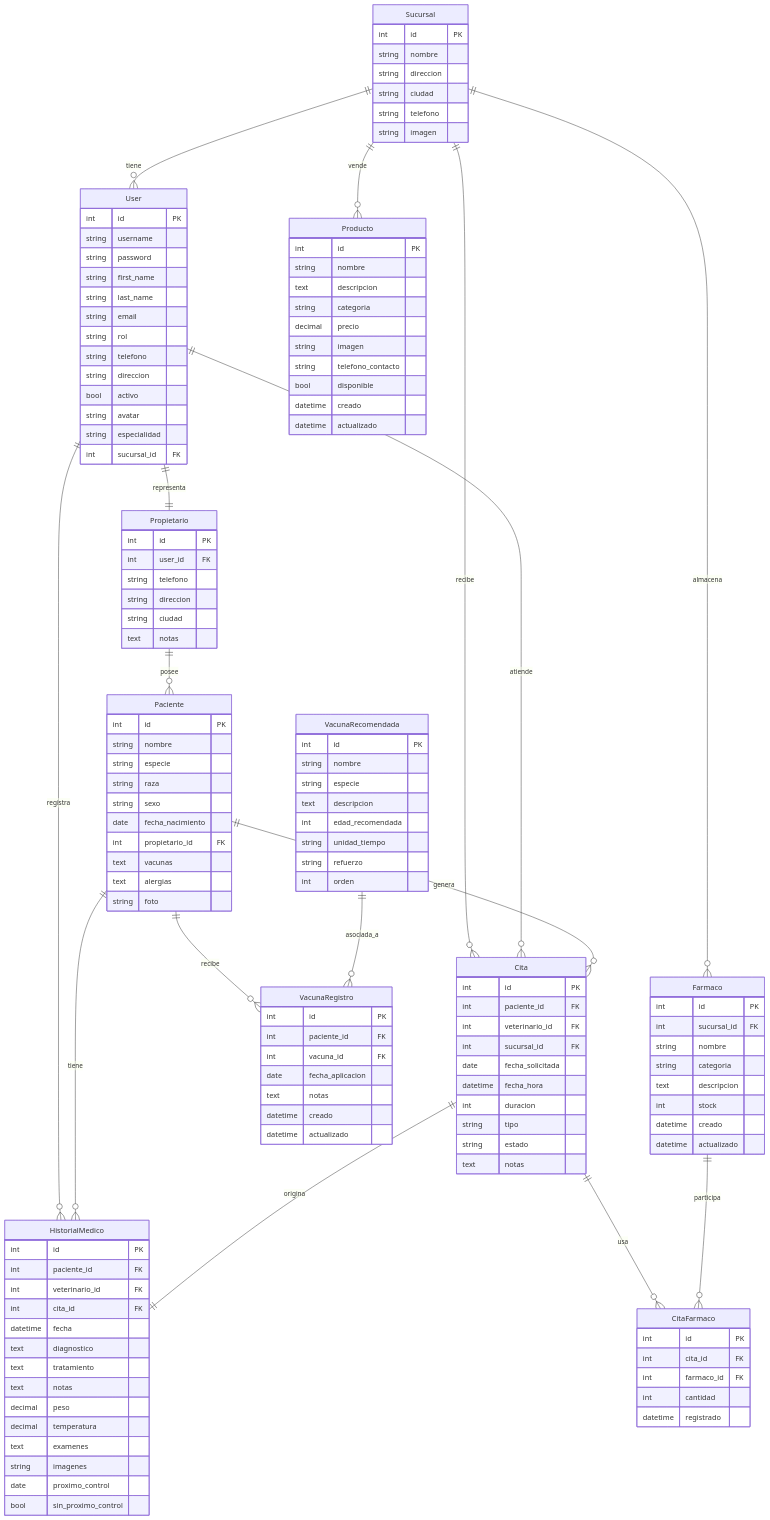
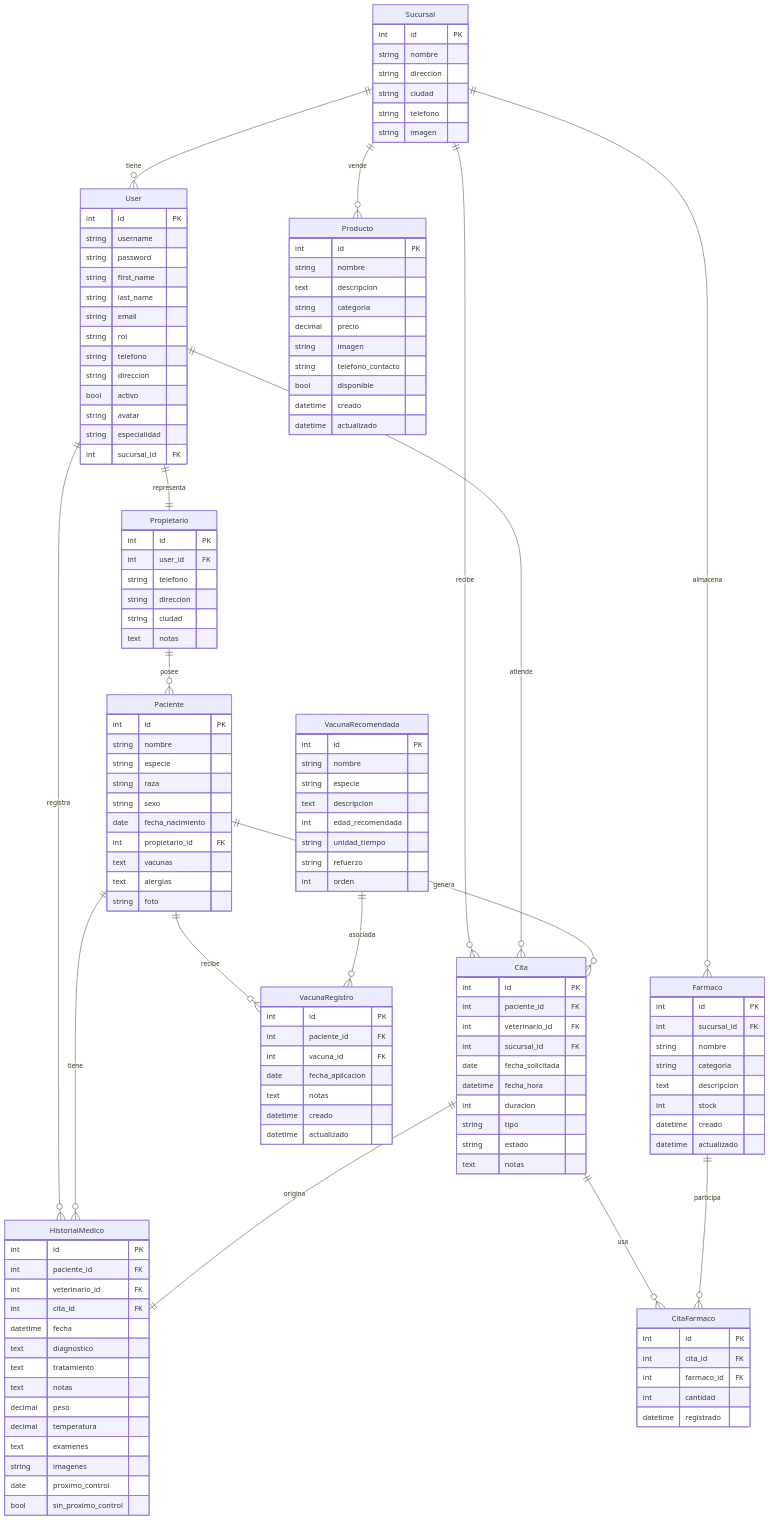
The diagram in docs_extras/er.mmd (Villada-PG3/trabajo-practico-integrador-veterinaria-el-sabueso-feliz), drawn with Mermaid before and after one commit.

Commit message:
Update association label in ER diagram

```diff
--- a/docs_extras/er.mmd
+++ b/docs_extras/er.mmd
@@ -1,159 +1,159 @@
 erDiagram
 
  
     Sucursal {
         int id PK
         string nombre
         string direccion
         string ciudad
         string telefono
         string imagen
     }
 
     User {
         int id PK
         string username
         string password
         string first_name
         string last_name
         string email
         string rol 
         string telefono
         string direccion
         bool activo
         string avatar
         string especialidad
         int sucursal_id FK
     }
 
     Propietario {
         int id PK
         int user_id FK
         string telefono
         string direccion
         string ciudad
         text notas
     }
 
     Paciente {
         int id PK
         string nombre
         string especie
         string raza
         string sexo
         date fecha_nacimiento
         int propietario_id FK
         text vacunas
         text alergias
         string foto
     }
 
     Cita {
         int id PK
         int paciente_id FK
         int veterinario_id FK
         int sucursal_id FK
         date fecha_solicitada
         datetime fecha_hora
         int duracion
         string tipo
         string estado
         text notas
     }
 
     HistorialMedico {
         int id PK
         int paciente_id FK
         int veterinario_id FK
         int cita_id FK
         datetime fecha
         text diagnostico
         text tratamiento
         text notas
         decimal peso
         decimal temperatura
         text examenes
         string imagenes
         date proximo_control
         bool sin_proximo_control
     }
 
     Farmaco {
         int id PK
         int sucursal_id FK
         string nombre
         string categoria
         text descripcion
         int stock
         datetime creado
         datetime actualizado
     }
 
     CitaFarmaco {
         int id PK
         int cita_id FK
         int farmaco_id FK
         int cantidad
         datetime registrado
     }
 
     VacunaRecomendada {
         int id PK
         string nombre
         string especie
         text descripcion
         int edad_recomendada
         string unidad_tiempo
         string refuerzo
         int orden
     }
 
     VacunaRegistro {
         int id PK
         int paciente_id FK
         int vacuna_id FK
         date fecha_aplicacion
         text notas
         datetime creado
         datetime actualizado
     }
 
     Producto {
         int id PK
         string nombre
         text descripcion
         string categoria
         decimal precio
         string imagen
         string telefono_contacto
         bool disponible
         datetime creado
         datetime actualizado
     }
 
     Sucursal ||--o{ User : "tiene"
     Sucursal ||--o{ Farmaco : "almacena"
     Sucursal ||--o{ Cita : "recibe"
     Sucursal ||--o{ Producto : "vende"
 
   
     User ||--|| Propietario : "representa"
     User ||--o{ Cita : "atiende"
     User ||--o{ HistorialMedico : "registra"
 
   
     Propietario ||--o{ Paciente : "posee"
 
 
     Paciente ||--o{ Cita : "genera"
     Paciente ||--o{ HistorialMedico : "tiene"
     Paciente ||--o{ VacunaRegistro : "recibe"
 
     Cita ||--|| HistorialMedico : "origina"
     Cita ||--o{ CitaFarmaco : "usa"
 
    
     Farmaco ||--o{ CitaFarmaco : "participa"
 
   
-    VacunaRecomendada ||--o{ VacunaRegistro : "asociada_a"
+    VacunaRecomendada ||--o{ VacunaRegistro : "asociada"
```
